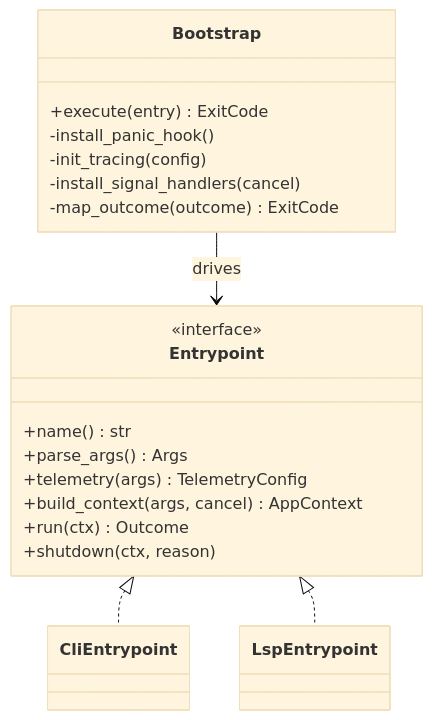
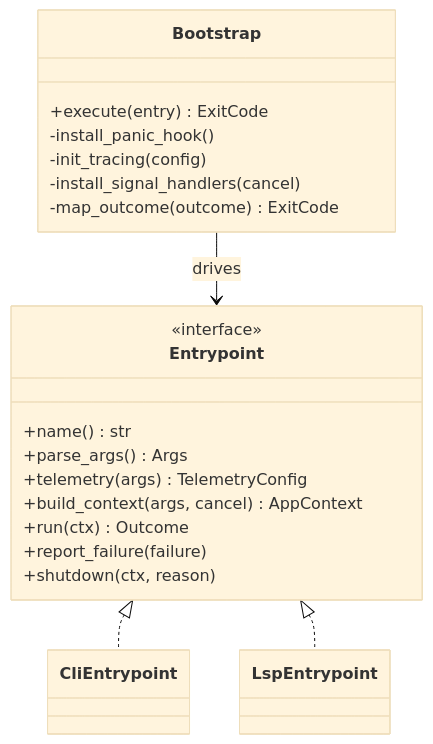
Before and after one commit to E-Jacques/Rulelink: the first of 5 diagrams in docs/architecture/10-runtime-lifecycle.md, drawn with Mermaid (base theme). The commit also changed other lines of this file and 51 other files, not shown here.

````diff
--- a/docs/architecture/10-runtime-lifecycle.md
+++ b/docs/architecture/10-runtime-lifecycle.md
@@ -52,24 +52,25 @@
 ```mermaid
 classDiagram
     class Entrypoint {
         <<interface>>
         +name() str
         +parse_args() Args
         +telemetry(args) TelemetryConfig
         +build_context(args, cancel) AppContext
         +run(ctx) Outcome
+        +report_failure(failure)
         +shutdown(ctx, reason)
     }
     class Bootstrap {
         +execute(entry) ExitCode
         -install_panic_hook()
         -init_tracing(config)
         -install_signal_handlers(cancel)
         -map_outcome(outcome) ExitCode
     }
     class CliEntrypoint
     class LspEntrypoint
     Bootstrap --> Entrypoint : drives
     Entrypoint <|.. CliEntrypoint
     Entrypoint <|.. LspEntrypoint
 ```
````
